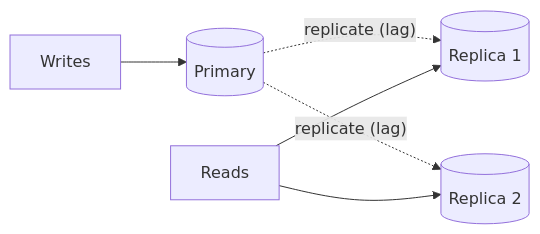
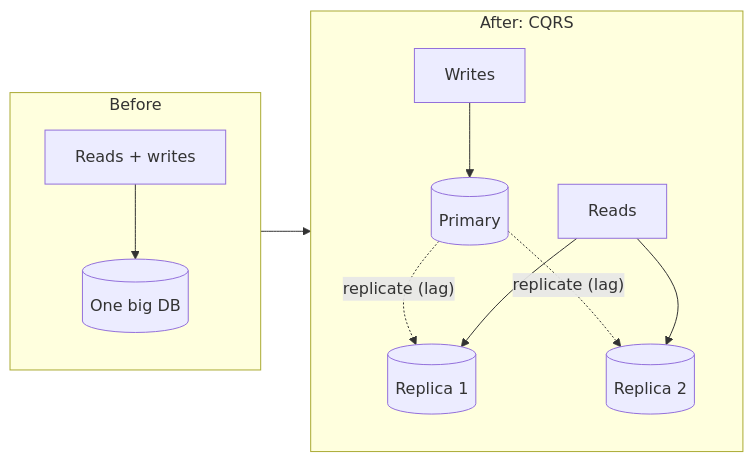
The fourth of 8 diagrams in dbms/19-scaling-patterns.md (aaryan-pradhan/core-cs-fundamentals), drawn with Mermaid before and after one commit. The commit also changed other lines of this file, not shown here.

````diff
--- a/dbms/19-scaling-patterns.md
+++ b/dbms/19-scaling-patterns.md
@@ -74,8 +60,14 @@
 ```mermaid
 flowchart LR
-  W["Writes"] --> P[("Primary")]
-  P -. "replicate (lag)" .-> R1[("Replica 1")]
-  P -. "replicate (lag)" .-> R2[("Replica 2")]
-  Rd["Reads"] --> R1
-  Rd --> R2
+  subgraph B["Before"]
+    RW["Reads + writes"] --> M[("One big DB")]
+  end
+  subgraph A["After: CQRS"]
+    W["Writes"] --> P[("Primary")]
+    P -. "replicate (lag)" .-> R1[("Replica 1")]
+    P -. "replicate (lag)" .-> R2[("Replica 2")]
+    RD["Reads"] --> R1
+    RD --> R2
+  end
+  B --> A
 ```
````
